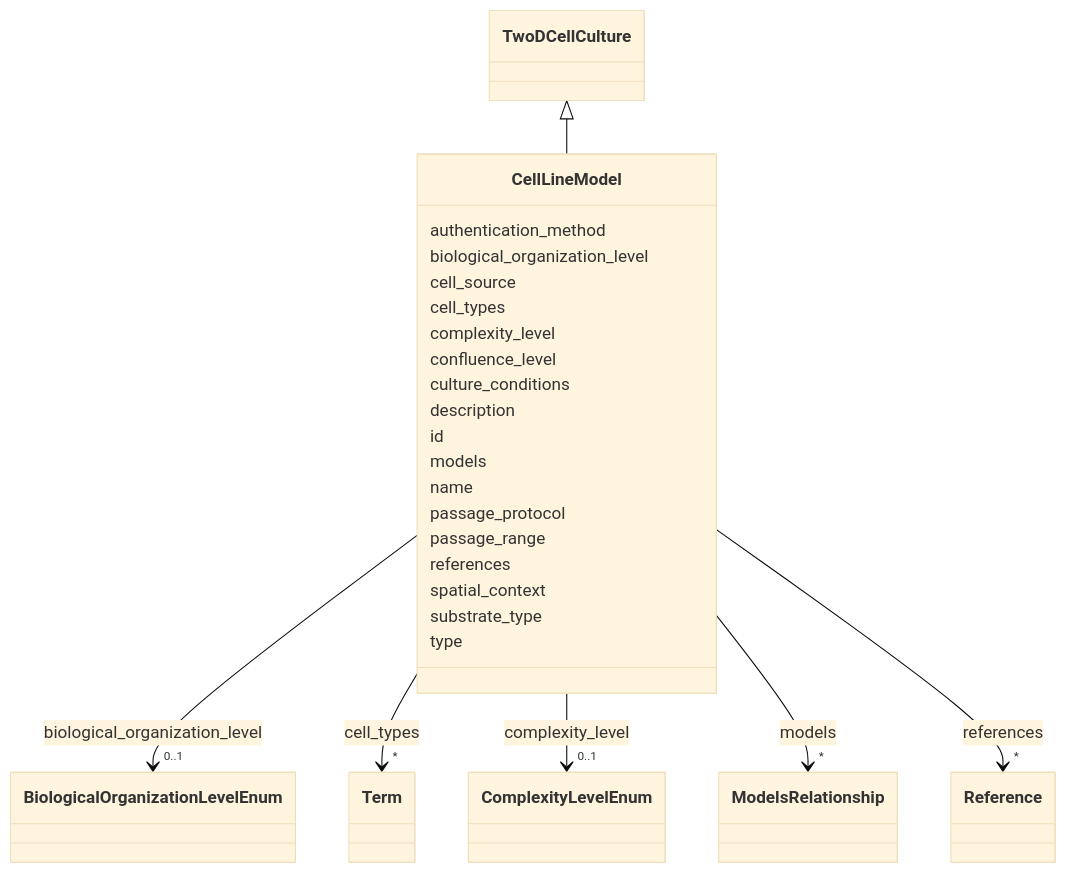
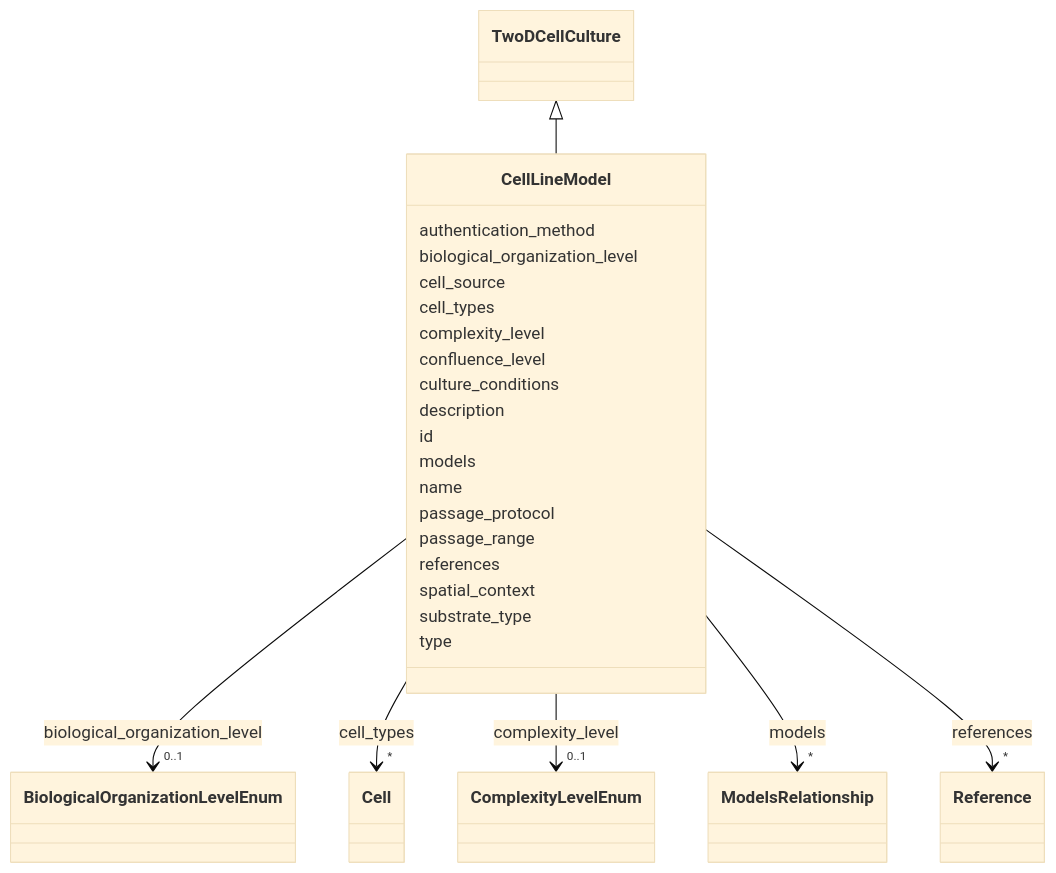
One commit to monarch-initiative/namo changed the diagram in docs/elements/CellLineModel.md. Above: the diagram before and after it, drawn with Mermaid (base theme). The commit also changed other lines of this file and 307 other files, not shown here.

```diff
--- a/docs/elements/CellLineModel.md
+++ b/docs/elements/CellLineModel.md
@@ -43,8 +48,8 @@
     
         
         
-        CellLineModel --> "*" Term : cell_types
-        click Term href "../Term/"
+        CellLineModel --> "*" Cell : cell_types
+        click Cell href "../Cell/"
     
 
         
```
